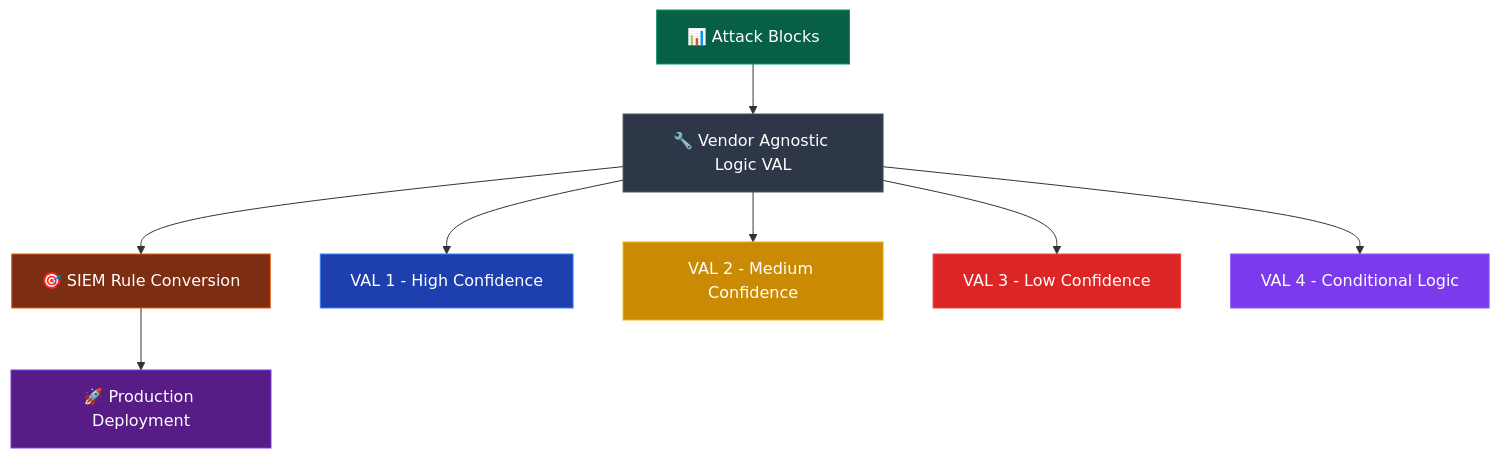
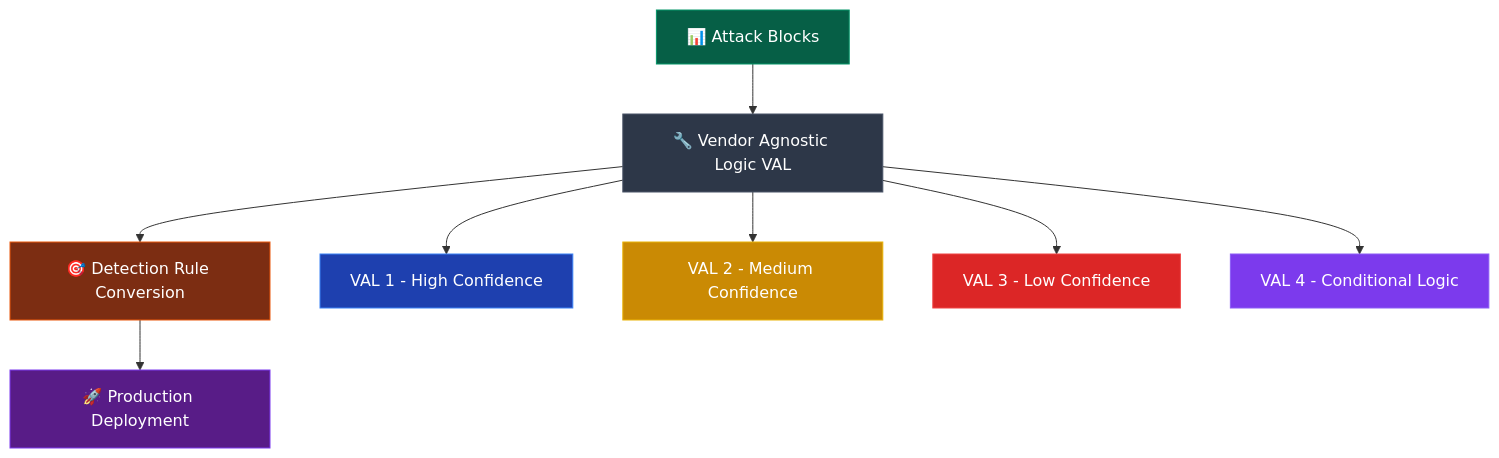
One commit to josamontiel/Detection-Engineering-Framework changed the first of 6 diagrams in development-phase-B.md. Above: the diagram before and after it, drawn with Mermaid. The commit also changed other lines of this file, not shown here.

````diff
--- a/development-phase-B.md
+++ b/development-phase-B.md
@@ -9,20 +9,20 @@
 ```mermaid
 graph TD
     A[📊 Attack Blocks] --> B[🔧 Vendor Agnostic Logic VAL]
-    B --> C[🎯 SIEM Rule Conversion]
+    B --> C[🎯 Detection Rule Conversion]
     C --> D[🚀 Production Deployment]
     
     B --> E[VAL 1 - High Confidence]
     B --> F[VAL 2 - Medium Confidence]
     B --> G[VAL 3 - Low Confidence]
     B --> H[VAL 4 - Conditional Logic]
     
     style A fill:#065f46,stroke:#059669,color:#ffffff
     style B fill:#2d3748,stroke:#4a5568,color:#ffffff
     style C fill:#7c2d12,stroke:#ea580c,color:#ffffff
     style D fill:#581c87,stroke:#7c3aed,color:#ffffff
     style E fill:#1e40af,stroke:#3b82f6,color:#ffffff
     style F fill:#ca8a04,stroke:#eab308,color:#ffffff
     style G fill:#dc2626,stroke:#ef4444,color:#ffffff
     style H fill:#7c3aed,stroke:#8b5cf6,color:#ffffff
 ```
````
